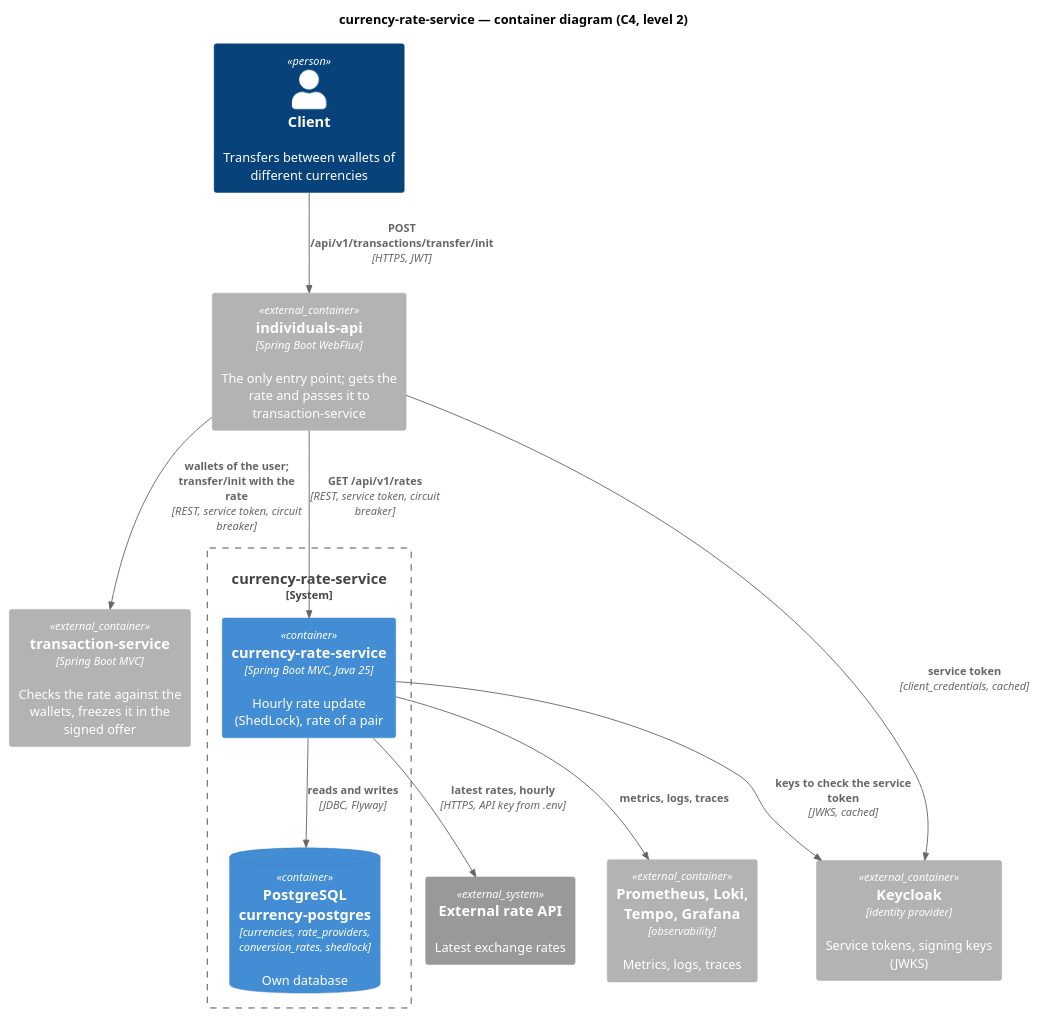
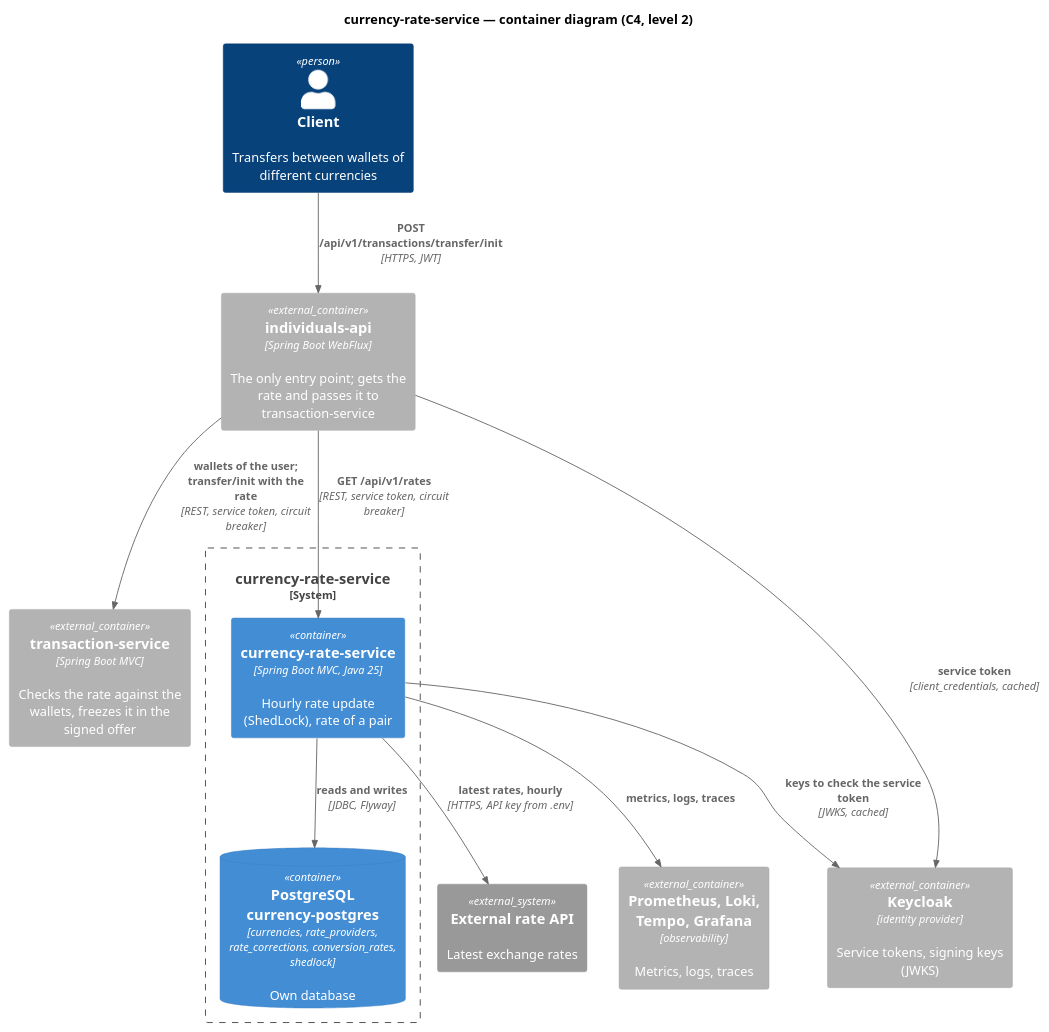
Before and after one commit to dezxxx/payment-platform: the diagram in currency-rate-service/diagrams-c4/container.puml, drawn with PlantUML. The commit also changed 45 other files, not shown here.

```diff
--- a/currency-rate-service/diagrams-c4/container.puml
+++ b/currency-rate-service/diagrams-c4/container.puml
@@ -1,28 +1,28 @@
 @startuml container
 !include <C4/C4_Container>
 
 title currency-rate-service — container diagram (C4, level 2)
 
 Person(client, "Client", "Transfers between wallets of different currencies")
 
 Container_Ext(individualsApi, "individuals-api", "Spring Boot WebFlux", "The only entry point; gets the rate and passes it to transaction-service")
 Container_Ext(transactionService, "transaction-service", "Spring Boot MVC", "Checks the rate against the wallets, freezes it in the signed offer")
 Container_Ext(keycloak, "Keycloak", "identity provider", "Service tokens, signing keys (JWKS)")
 
 System_Boundary(crs, "currency-rate-service") {
     Container(app, "currency-rate-service", "Spring Boot MVC, Java 25", "Hourly rate update (ShedLock), rate of a pair")
-    ContainerDb(db, "PostgreSQL currency-postgres", "currencies, rate_providers, conversion_rates, shedlock", "Own database")
+    ContainerDb(db, "PostgreSQL currency-postgres", "currencies, rate_providers, rate_corrections, conversion_rates, shedlock", "Own database")
 }
 
 System_Ext(externalApi, "External rate API", "Latest exchange rates")
 Container_Ext(observability, "Prometheus, Loki, Tempo, Grafana", "observability", "Metrics, logs, traces")
 
 Rel(client, individualsApi, "POST /api/v1/transactions/transfer/init", "HTTPS, JWT")
 Rel(individualsApi, app, "GET /api/v1/rates", "REST, service token, circuit breaker")
 Rel(individualsApi, transactionService, "wallets of the user; transfer/init with the rate", "REST, service token, circuit breaker")
 Rel(individualsApi, keycloak, "service token", "client_credentials, cached")
 Rel(app, keycloak, "keys to check the service token", "JWKS, cached")
 Rel(app, externalApi, "latest rates, hourly", "HTTPS, API key from .env")
 Rel(app, db, "reads and writes", "JDBC, Flyway")
 Rel(app, observability, "metrics, logs, traces")
 @enduml
```
